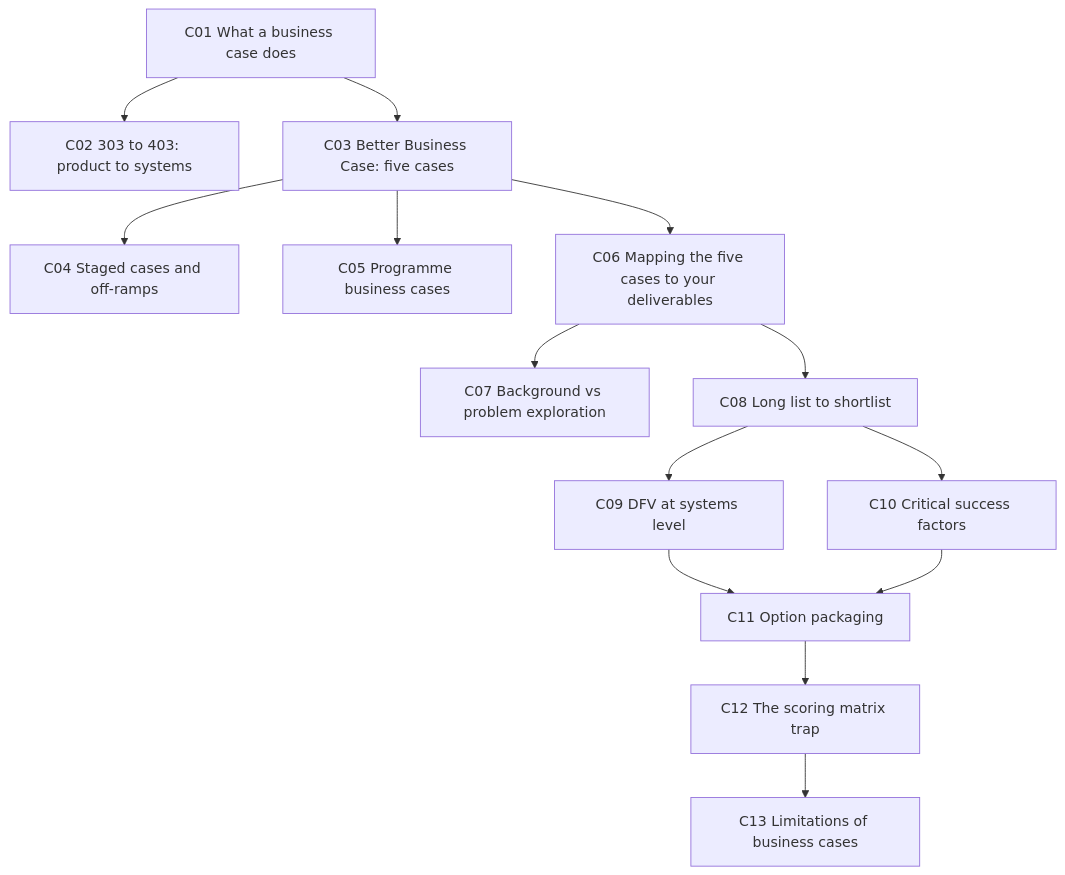
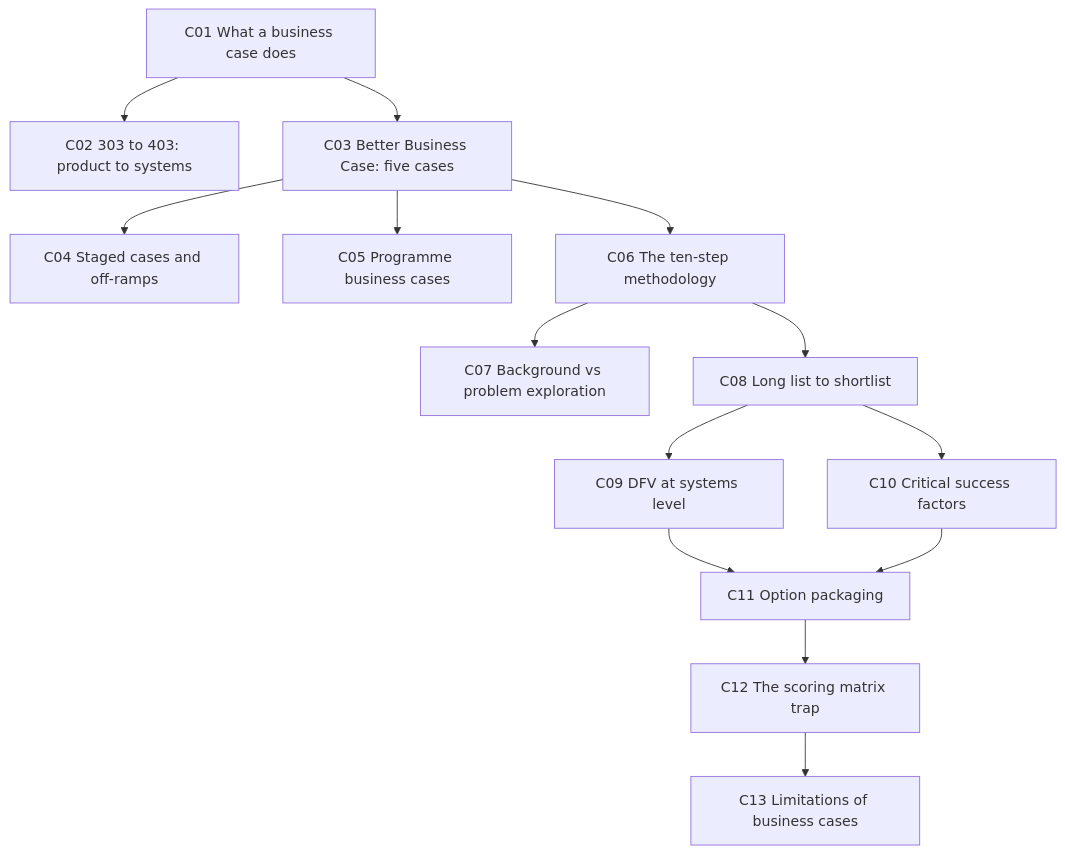
One commit to ZingZing001/uni-study changed the first of 2 diagrams in Sem2/ENGGEN403/Lecture4/notes/L4-notes.md. Above: the diagram before and after it, drawn with Mermaid. The commit also changed other lines of this file and 16 other files, not shown here.

````diff
--- a/Sem2/ENGGEN403/Lecture4/notes/L4-notes.md
+++ b/Sem2/ENGGEN403/Lecture4/notes/L4-notes.md
@@ -36,16 +31,16 @@
 ```mermaid
 graph TD
     C01[C01 What a business case does] --> C02[C02 303 to 403: product to systems]
     C01 --> C03[C03 Better Business Case: five cases]
     C03 --> C04[C04 Staged cases and off-ramps]
     C03 --> C05[C05 Programme business cases]
-    C03 --> C06[C06 Mapping the five cases to your deliverables]
+    C03 --> C06[C06 The ten-step methodology]
     C06 --> C07[C07 Background vs problem exploration]
     C06 --> C08[C08 Long list to shortlist]
     C08 --> C09[C09 DFV at systems level]
     C08 --> C10[C10 Critical success factors]
     C09 --> C11[C11 Option packaging]
     C10 --> C11
     C11 --> C12[C12 The scoring matrix trap]
     C12 --> C13[C13 Limitations of business cases]
 ```
````
